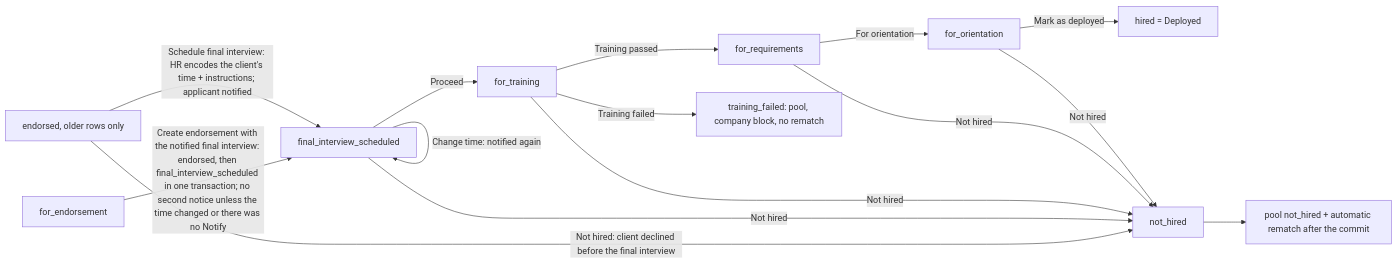
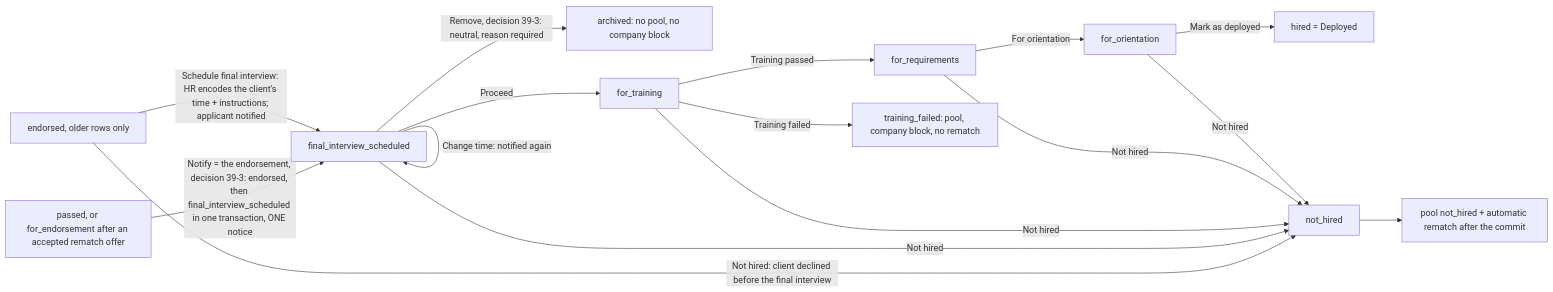
The seventh of 9 diagrams in docs/APP_FLOW.md (Aenyxxx/VERA), drawn with Mermaid before and after one commit. The commit also changed other lines of this file and 42 other files, not shown here.

First line of the commit message:
feat(endorsement): decision 39-3 Notify = endorsement - one batch per Notify, Outcomes only, Remove at the final interview (FR-END-03..06)

````diff
--- a/docs/APP_FLOW.md
+++ b/docs/APP_FLOW.md
@@ -285,17 +288,18 @@
   ```mermaid
   flowchart LR
-    FE[for_endorsement] -->|Create endorsement with the notified final interview: endorsed, then final_interview_scheduled in one transaction; no second notice unless the time changed or there was no Notify| F[final_interview_scheduled]
+    P[passed, or for_endorsement after an accepted rematch offer] -->|Notify = the endorsement, decision 39-3: endorsed, then final_interview_scheduled in one transaction, ONE notice| F[final_interview_scheduled]
     E[endorsed, older rows only] -->|Schedule final interview: HR encodes the client's time + instructions; applicant notified| F
     F -->|Change time: notified again| F
+    F -->|Remove, decision 39-3: neutral, reason required| AR[archived: no pool, no company block]
     F -->|Proceed| T[for_training]
     T -->|Training passed| Q[for_requirements]
     Q -->|For orientation| O[for_orientation]
     O -->|Mark as deployed| HI[hired = Deployed]
     T -->|Training failed| TF[training_failed: pool, company block, no rematch]
     E -->|Not hired: client declined before the final interview| NH[not_hired]
     F -->|Not hired| NH
     T -->|Not hired| NH
     Q -->|Not hired| NH
     O -->|Not hired| NH
     NH --> R[pool not_hired + automatic rematch after the commit]
   ```
````
